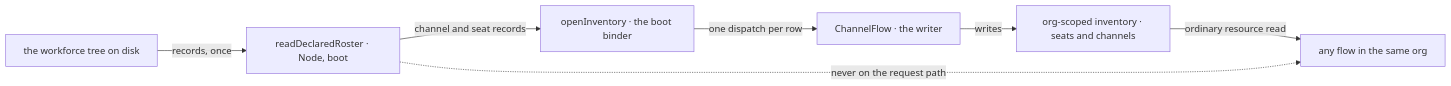
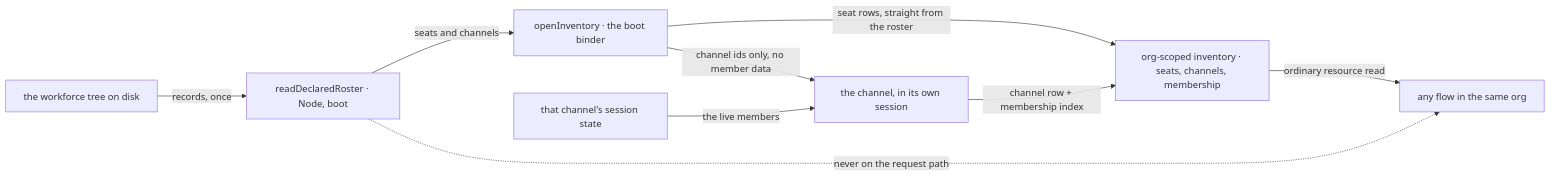
One commit to fixpoint-labs/flow-state-dev changed the diagram in spec/FIX-1405/SPEC.md. Above: the diagram before and after it, drawn with Mermaid. The commit also changed other lines of this file and 5 other files, not shown here.

````diff
--- a/spec/FIX-1405/SPEC.md
+++ b/spec/FIX-1405/SPEC.md
@@ -60,9 +67,11 @@
 ```mermaid
 flowchart LR
   T["the workforce tree on disk"] -->|"records, once"| R["readDeclaredRoster · Node, boot"]
-  R -->|"channel and seat records"| B["openInventory · the boot binder"]
-  B -->|"one dispatch per row"| C["ChannelFlow · the writer"]
-  C -->|"writes"| I["org-scoped inventory · seats and channels"]
+  R -->|"seats and channels"| B["openInventory · the boot binder"]
+  B -->|"seat rows, straight from the roster"| I["org-scoped inventory · seats, channels, membership"]
+  B -->|"channel ids only, no member data"| C["the channel, in its own session"]
+  S["that channel's session state"] -->|"the live members"| C
+  C -->|"channel row + membership index"| I
   I -->|"ordinary resource read"| F["any flow in the same org"]
   R -.->|"never on the request path"| F
 ```
````
